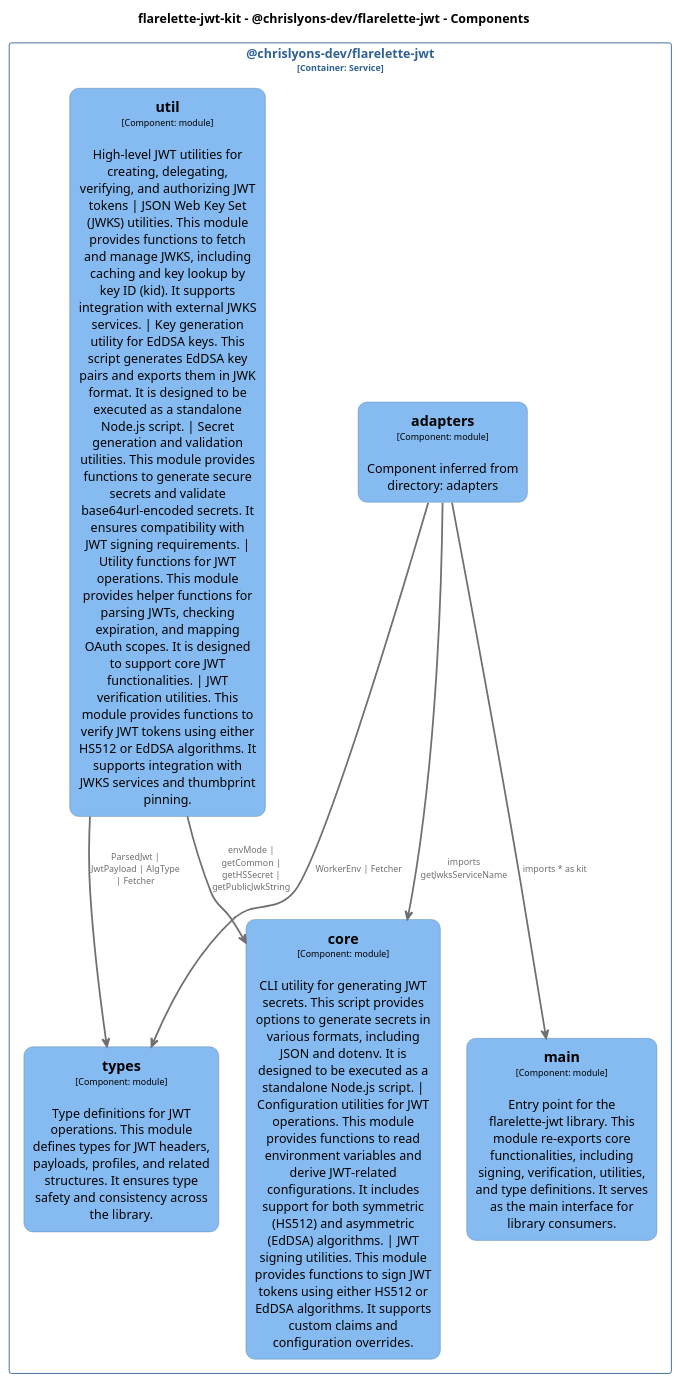
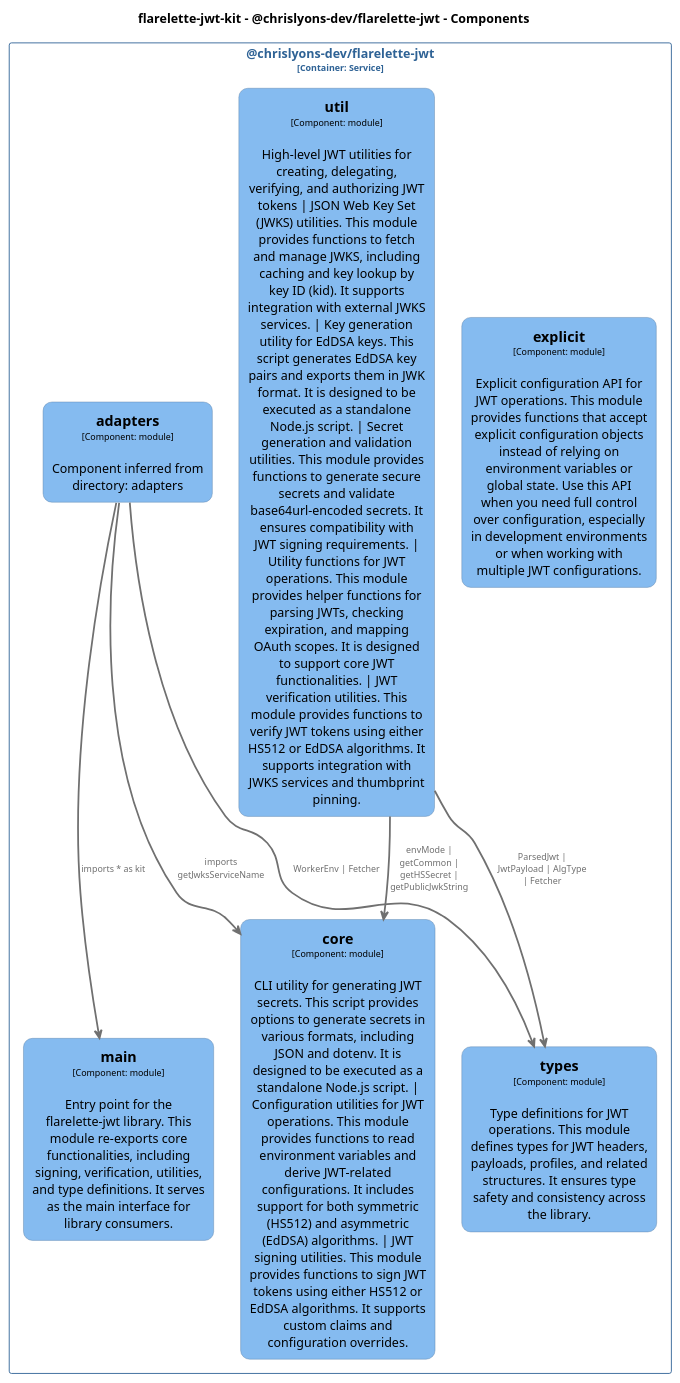
The diagram in docs/architecture/diagrams/plantuml/structurizr-Components__chrislyons_dev_flarelette_jwt.puml (chrislyons-dev/flarelette-jwt-kit), drawn with PlantUML before and after one commit. The commit also changed 47 other files, not shown here.

First line of the commit message:
fix: enhance explicit config functions for jwt signing (#25)

```diff
--- a/docs/architecture/diagrams/plantuml/structurizr-Components__chrislyons_dev_flarelette_jwt.puml
+++ b/docs/architecture/diagrams/plantuml/structurizr-Components__chrislyons_dev_flarelette_jwt.puml
@@ -1,73 +1,81 @@
 @startuml
 set separator none
 title flarelette-jwt-kit - @chrislyons-dev/flarelette-jwt - Components
 
 top to bottom direction
 skinparam ranksep 60
 skinparam nodesep 30
 
 skinparam {
   arrowFontSize 10
   defaultTextAlignment center
   wrapWidth 200
   maxMessageSize 100
   defaultFontName "Arial"
 }
 
 hide stereotype
 
 skinparam rectangle<<flarelettejwtkit.chrislyonsdevflarelettejwt.adapters>> {
   BackgroundColor #85bbf0
   FontColor #000000
   BorderColor #5d82a8
   roundCorner 20
   shadowing false
 }
 skinparam rectangle<<flarelettejwtkit.chrislyonsdevflarelettejwt.core>> {
+  BackgroundColor #85bbf0
+  FontColor #000000
+  BorderColor #5d82a8
+  roundCorner 20
+  shadowing false
+}
+skinparam rectangle<<flarelettejwtkit.chrislyonsdevflarelettejwt.explicit>> {
   BackgroundColor #85bbf0
   FontColor #000000
   BorderColor #5d82a8
   roundCorner 20
   shadowing false
 }
 skinparam rectangle<<flarelettejwtkit.chrislyonsdevflarelettejwt.main>> {
   BackgroundColor #85bbf0
   FontColor #000000
   BorderColor #5d82a8
   roundCorner 20
   shadowing false
 }
 skinparam rectangle<<flarelettejwtkit.chrislyonsdevflarelettejwt.types>> {
   BackgroundColor #85bbf0
   FontColor #000000
   BorderColor #5d82a8
   roundCorner 20
   shadowing false
 }
 skinparam rectangle<<flarelettejwtkit.chrislyonsdevflarelettejwt.util>> {
   BackgroundColor #85bbf0
   FontColor #000000
   BorderColor #5d82a8
   roundCorner 20
   shadowing false
 }
 skinparam rectangle<<flarelettejwtkit.chrislyonsdevflarelettejwt>> {
   BorderColor #2e6295
   FontColor #2e6295
   shadowing false
 }
 
 rectangle "@chrislyons-dev/flarelette-jwt\n<size:10>[Container: Service]</size>" <<flarelettejwtkit.chrislyonsdevflarelettejwt>> {
   rectangle "==core\n<size:10>[Component: module]</size>\n\nCLI utility for generating JWT secrets. This script provides options to generate secrets in various formats, including JSON and dotenv. It is designed to be executed as a standalone Node.js script. | Configuration utilities for JWT operations. This module provides functions to read environment variables and derive JWT-related configurations. It includes support for both symmetric (HS512) and asymmetric (EdDSA) algorithms. | JWT signing utilities. This module provides functions to sign JWT tokens using either HS512 or EdDSA algorithms. It supports custom claims and configuration overrides." <<flarelettejwtkit.chrislyonsdevflarelettejwt.core>> as flarelettejwtkit.chrislyonsdevflarelettejwt.core
+  rectangle "==explicit\n<size:10>[Component: module]</size>\n\nExplicit configuration API for JWT operations. This module provides functions that accept explicit configuration objects instead of relying on environment variables or global state. Use this API when you need full control over configuration, especially in development environments or when working with multiple JWT configurations." <<flarelettejwtkit.chrislyonsdevflarelettejwt.explicit>> as flarelettejwtkit.chrislyonsdevflarelettejwt.explicit
   rectangle "==util\n<size:10>[Component: module]</size>\n\nHigh-level JWT utilities for creating, delegating, verifying, and authorizing JWT tokens | JSON Web Key Set (JWKS) utilities. This module provides functions to fetch and manage JWKS, including caching and key lookup by key ID (kid). It supports integration with external JWKS services. | Key generation utility for EdDSA keys. This script generates EdDSA key pairs and exports them in JWK format. It is designed to be executed as a standalone Node.js script. | Secret generation and validation utilities. This module provides functions to generate secure secrets and validate base64url-encoded secrets. It ensures compatibility with JWT signing requirements. | Utility functions for JWT operations. This module provides helper functions for parsing JWTs, checking expiration, and mapping OAuth scopes. It is designed to support core JWT functionalities. | JWT verification utilities. This module provides functions to verify JWT tokens using either HS512 or EdDSA algorithms. It supports integration with JWKS services and thumbprint pinning." <<flarelettejwtkit.chrislyonsdevflarelettejwt.util>> as flarelettejwtkit.chrislyonsdevflarelettejwt.util
   rectangle "==main\n<size:10>[Component: module]</size>\n\nEntry point for the flarelette-jwt library. This module re-exports core functionalities, including signing, verification, utilities, and type definitions. It serves as the main interface for library consumers." <<flarelettejwtkit.chrislyonsdevflarelettejwt.main>> as flarelettejwtkit.chrislyonsdevflarelettejwt.main
   rectangle "==types\n<size:10>[Component: module]</size>\n\nType definitions for JWT operations. This module defines types for JWT headers, payloads, profiles, and related structures. It ensures type safety and consistency across the library." <<flarelettejwtkit.chrislyonsdevflarelettejwt.types>> as flarelettejwtkit.chrislyonsdevflarelettejwt.types
   rectangle "==adapters\n<size:10>[Component: module]</size>\n\nComponent inferred from directory: adapters" <<flarelettejwtkit.chrislyonsdevflarelettejwt.adapters>> as flarelettejwtkit.chrislyonsdevflarelettejwt.adapters
 }
 
 flarelettejwtkit.chrislyonsdevflarelettejwt.util -[#707070,thickness=2]-> flarelettejwtkit.chrislyonsdevflarelettejwt.types : "<color:#707070>ParsedJwt | JwtPayload | AlgType | Fetcher"
 flarelettejwtkit.chrislyonsdevflarelettejwt.util -[#707070,thickness=2]-> flarelettejwtkit.chrislyonsdevflarelettejwt.core : "<color:#707070>envMode | getCommon | getHSSecret | getPublicJwkString"
 flarelettejwtkit.chrislyonsdevflarelettejwt.adapters -[#707070,thickness=2]-> flarelettejwtkit.chrislyonsdevflarelettejwt.main : "<color:#707070>imports * as kit"
 flarelettejwtkit.chrislyonsdevflarelettejwt.adapters -[#707070,thickness=2]-> flarelettejwtkit.chrislyonsdevflarelettejwt.core : "<color:#707070>imports getJwksServiceName"
 flarelettejwtkit.chrislyonsdevflarelettejwt.adapters -[#707070,thickness=2]-> flarelettejwtkit.chrislyonsdevflarelettejwt.types : "<color:#707070>WorkerEnv | Fetcher"
 @enduml
```
